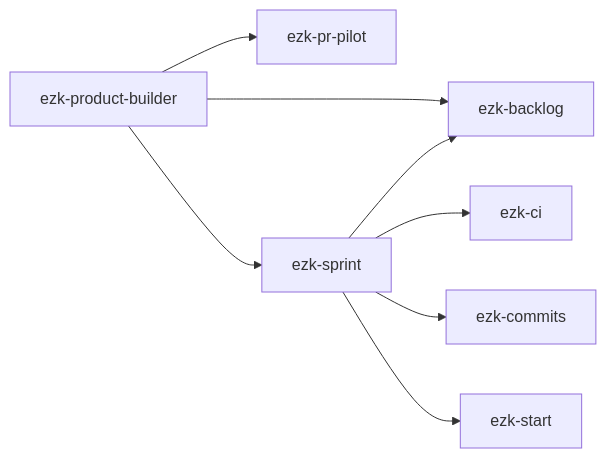
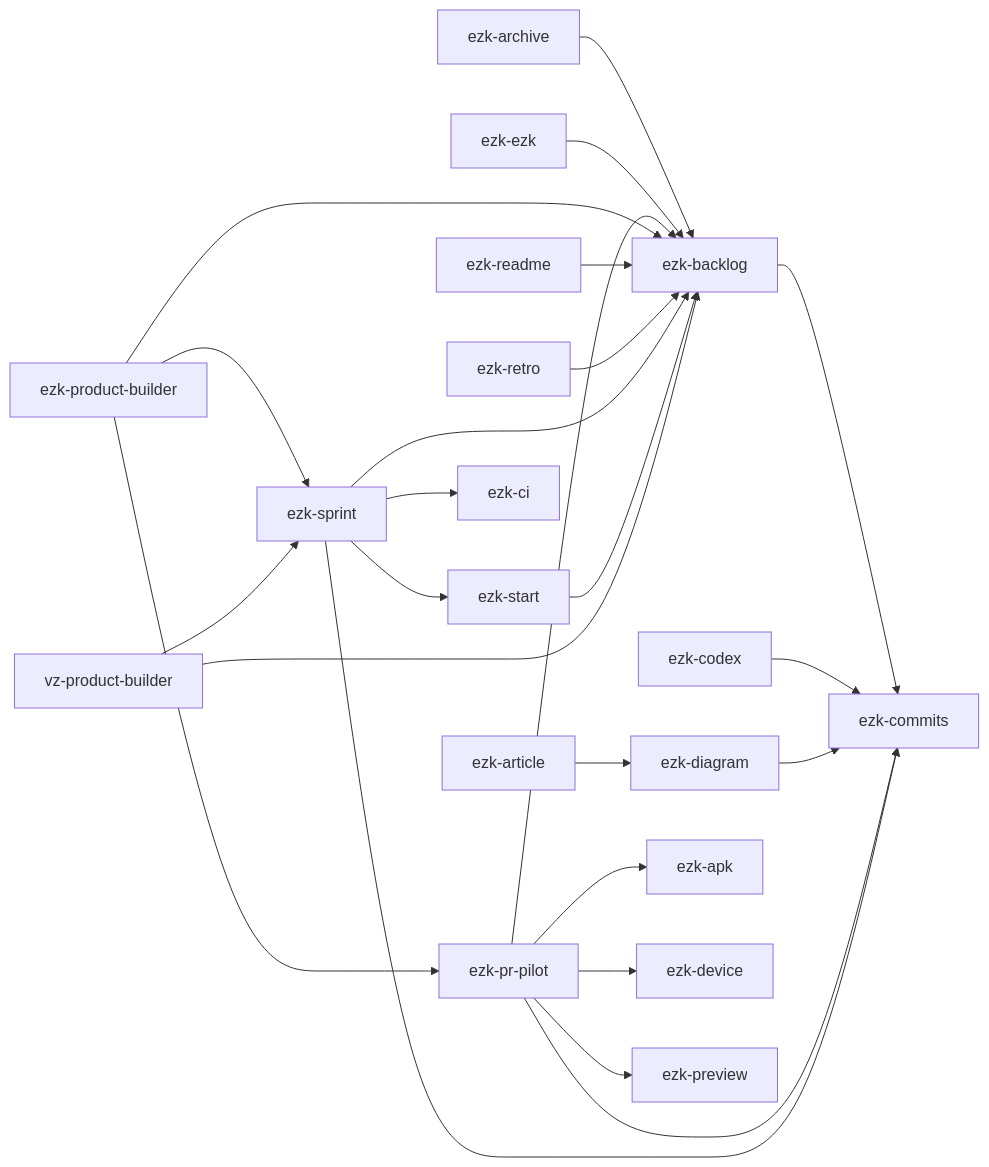
Before and after one commit to elzinko/vectorz: the diagram in products/mega-city/skills/README.md, drawn with Mermaid. The commit also changed 14 other files, not shown here.

````diff
--- a/products/mega-city/skills/README.md
+++ b/products/mega-city/skills/README.md
@@ -50,10 +50,26 @@
 ```mermaid
 flowchart LR
+    ezk-archive --> ezk-backlog
+    ezk-article --> ezk-diagram
+    ezk-backlog --> ezk-commits
+    ezk-codex --> ezk-commits
+    ezk-diagram --> ezk-commits
+    ezk-ezk --> ezk-backlog
+    ezk-pr-pilot --> ezk-apk
+    ezk-pr-pilot --> ezk-backlog
+    ezk-pr-pilot --> ezk-commits
+    ezk-pr-pilot --> ezk-device
+    ezk-pr-pilot --> ezk-preview
     ezk-product-builder --> ezk-backlog
     ezk-product-builder --> ezk-pr-pilot
     ezk-product-builder --> ezk-sprint
+    ezk-readme --> ezk-backlog
+    ezk-retro --> ezk-backlog
     ezk-sprint --> ezk-backlog
     ezk-sprint --> ezk-ci
     ezk-sprint --> ezk-commits
     ezk-sprint --> ezk-start
+    ezk-start --> ezk-backlog
+    vz-product-builder --> ezk-backlog
+    vz-product-builder --> ezk-sprint
 ```
````
